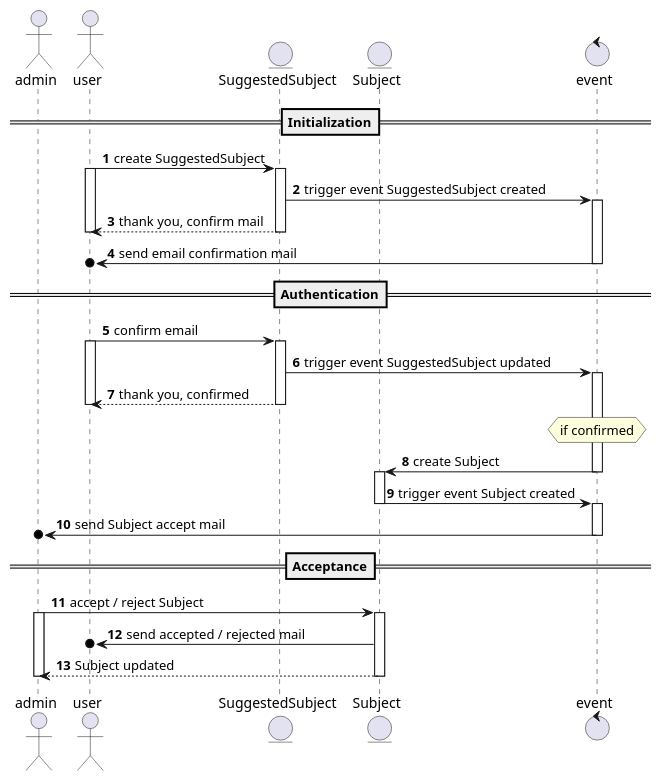
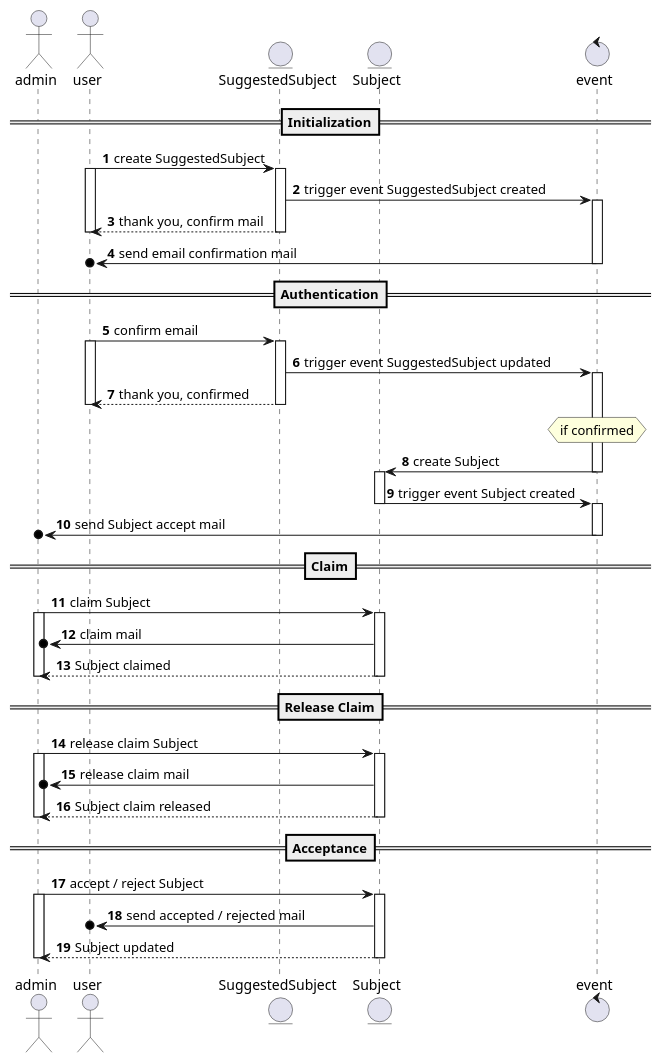
Before and after one commit to PlanBCode/dso: the diagram in docs/subject-create-sequence.puml, drawn with PlantUML. The commit also changed 4 other files, not shown here.

Commit message:
Adds option to claim subject

```diff
--- a/docs/subject-create-sequence.puml
+++ b/docs/subject-create-sequence.puml
@@ -1,53 +1,71 @@
 @startuml
 'https://plantuml.com/sequence-diagram
 autonumber
 
 actor admin
 actor user
 entity SuggestedSubject
 entity Subject
 control event as event
 
 ==Initialization==
 user -> SuggestedSubject: create SuggestedSubject
 activate user
     activate SuggestedSubject
         SuggestedSubject -> event: trigger event SuggestedSubject created
 activate event
         user <-- SuggestedSubject: thank you, confirm mail
     deactivate SuggestedSubject
 deactivate user
     user o<- event: send email confirmation mail
 deactivate event
 
 ==Authentication==
 user -> SuggestedSubject: confirm email
 activate user
     activate SuggestedSubject
         SuggestedSubject -> event: trigger event SuggestedSubject updated
 activate event
         user <-- SuggestedSubject: thank you, confirmed
     deactivate SuggestedSubject
 deactivate user
     hnote over event : if confirmed
     Subject <- event: create Subject
 deactivate event
 
 activate Subject
     Subject -> event: trigger event Subject created
 deactivate Subject
 
 activate event
     admin o<- event: send Subject accept mail
 deactivate event
 
+==Claim==
+admin -> Subject: claim Subject
+activate Subject
+    activate admin
+        admin o<- Subject: claim mail
+        admin <-- Subject: Subject claimed
+    deactivate admin
+deactivate Subject
+
+==Release Claim==
+admin -> Subject: release claim Subject
+activate Subject
+    activate admin
+        admin o<- Subject: release claim mail
+        admin <-- Subject: Subject claim released
+    deactivate admin
+deactivate Subject
+
 ==Acceptance==
 admin -> Subject: accept / reject Subject
 activate Subject
     activate admin
         user o<- Subject: send accepted / rejected mail
         admin <-- Subject: Subject updated
     deactivate admin
 deactivate Subject
 
 @enduml
```
